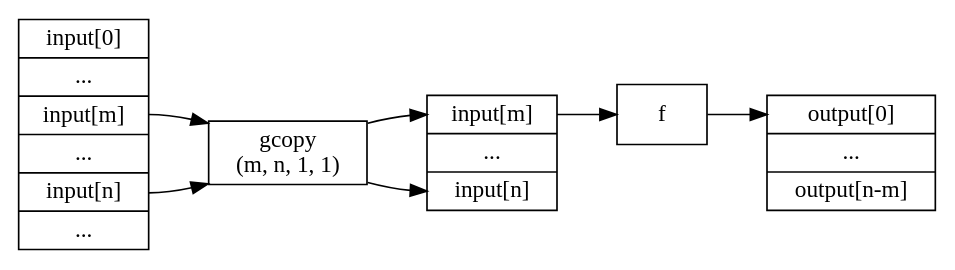
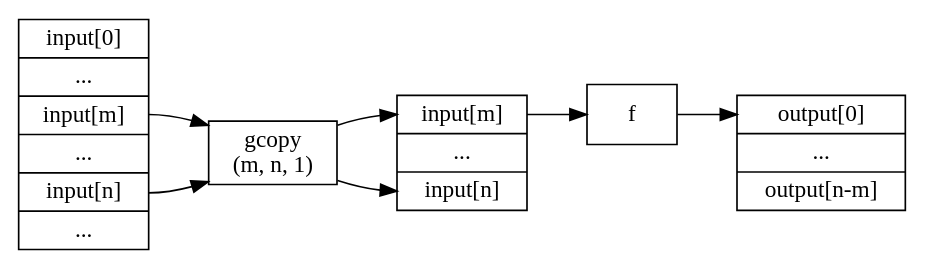
The diagram in figures/vp-reorder-2.dot (pysuxing/master-thesis), drawn with Graphviz before and after one commit. The commit also changed 2 other files, not shown here.

Commit message:
仔细审阅了第四章内容，修改了两个图的错误，修改了一些表达不合适之处。

```diff
--- a/figures/vp-reorder-2.dot
+++ b/figures/vp-reorder-2.dot
@@ -1,18 +1,18 @@
 digraph g {
         rankdir=LR;
 
         node[shape=record];
 
         input[shape=record, label="input[0] | ... | <p0> input[m] | ... | <p1> input[n] | ..."];
-        gcopy[label="gcopy\n(m, n, 1, 1)"];
+        gcopy[label="gcopy\n(m, n, 1)"];
         temp[shape=record, label="<p0> input[m] | ... | <p1> input[n]"];
         map[label="f"];
         output[shape=record, label="<p0> output[0] | ... | output[n-m]"];
 
         input:p0 -> gcopy;
         input:p1 -> gcopy;
         gcopy -> temp:p0;
         gcopy -> temp:p1;
         temp:p0 -> map;
         map -> output:p0;
 }
```
